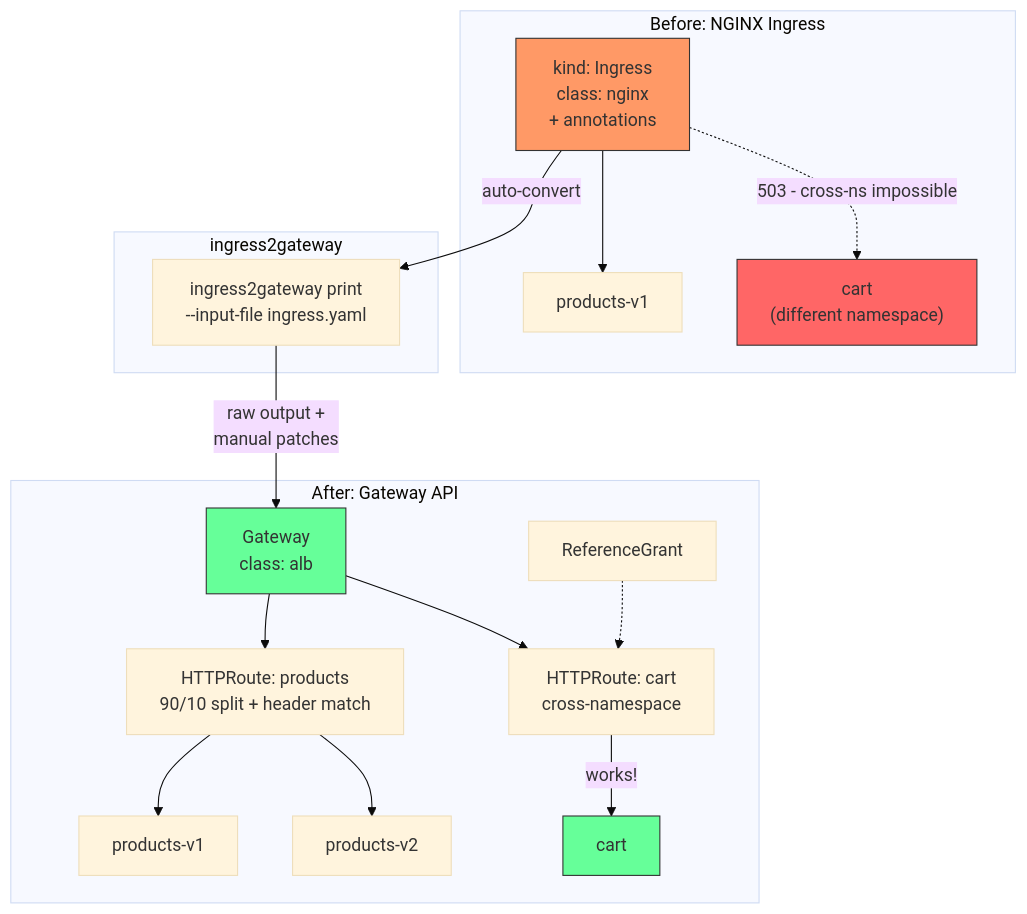
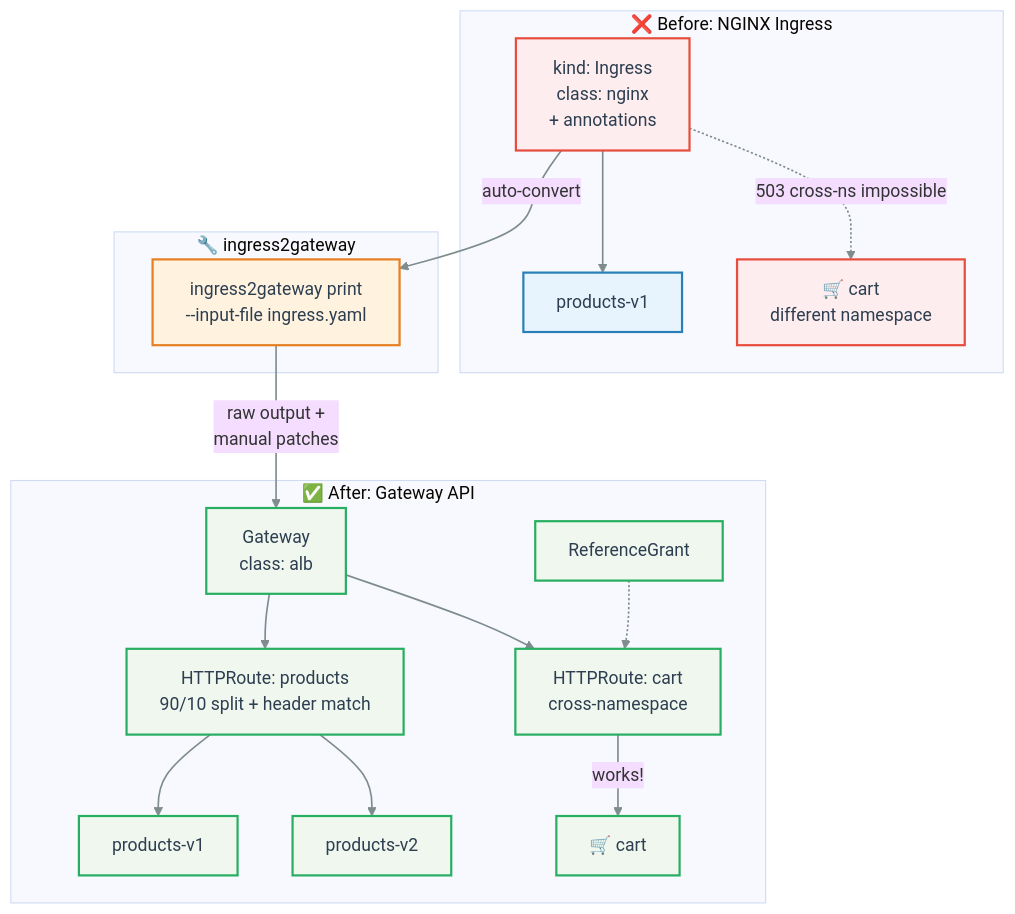
Before and after one commit to DKT-AI/gateway-api-migration-demo: the first of 3 diagrams in docs/labs/lab-01-nginx-migration.md, drawn with Mermaid (base theme). The commit also changed other lines of this file and 4 other files, not shown here.

First line of the commit message:
Style all mermaid diagrams with ocean palette for GitHub

````diff
--- a/docs/labs/lab-01-nginx-migration.md
+++ b/docs/labs/lab-01-nginx-migration.md
@@ -11,33 +11,41 @@
 ```mermaid
-graph TB
-    subgraph "Before: NGINX Ingress"
+flowchart TB
+    subgraph Before["❌ Before: NGINX Ingress"]
         I["kind: Ingress<br/>class: nginx<br/>+ annotations"]
         I --> SVC1["products-v1"]
-        I -.->|"503 - cross-ns impossible"| SVC2["cart<br/>(different namespace)"]
+        I -.->|"503 cross-ns impossible"| SVC2["🛒 cart<br/>different namespace"]
     end
 
-    subgraph "ingress2gateway"
+    subgraph Tool["🔧 ingress2gateway"]
         TOOL["ingress2gateway print<br/>--input-file ingress.yaml"]
     end
 
-    subgraph "After: Gateway API"
+    subgraph After["✅ After: Gateway API"]
         GW["Gateway<br/>class: alb"]
         HR1["HTTPRoute: products<br/>90/10 split + header match"]
         HR2["HTTPRoute: cart<br/>cross-namespace"]
         RG["ReferenceGrant"]
         GW --> HR1
         GW --> HR2
         HR1 --> V1["products-v1"]
         HR1 --> V2["products-v2"]
-        HR2 -->|"works!"| CART["cart"]
+        HR2 -->|"works!"| CART["🛒 cart"]
         RG -.-> HR2
     end
 
     I -->|"auto-convert"| TOOL
     TOOL -->|"raw output +<br/>manual patches"| GW
 
-    style I fill:#f96,stroke:#333
-    style GW fill:#6f9,stroke:#333
-    style SVC2 fill:#f66,stroke:#333
-    style CART fill:#6f9,stroke:#333
+    classDef primary fill:#E8F4FD,stroke:#2980B9,stroke-width:2px,color:#2C3E50
+    classDef secondary fill:#F0F7EE,stroke:#27AE60,stroke-width:2px,color:#2C3E50
+    classDef accent fill:#FFF3E0,stroke:#E67E22,stroke-width:2px,color:#2C3E50
+    classDef tertiary fill:#F3E8FF,stroke:#8E44AD,stroke-width:2px,color:#2C3E50
+    classDef error fill:#FDEDEE,stroke:#E74C3C,stroke-width:2px,color:#2C3E50
+    linkStyle default stroke:#7F8C8D,stroke-width:1.5px
+
+    class I,SVC2 error
+    class SVC1 primary
+    class TOOL accent
+    class GW,HR1,HR2,RG secondary
+    class V1,V2,CART secondary
 ```
````
